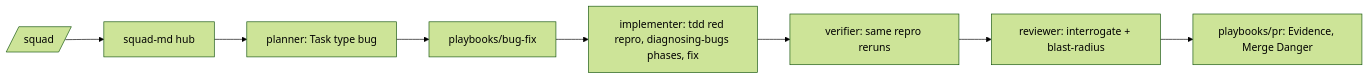
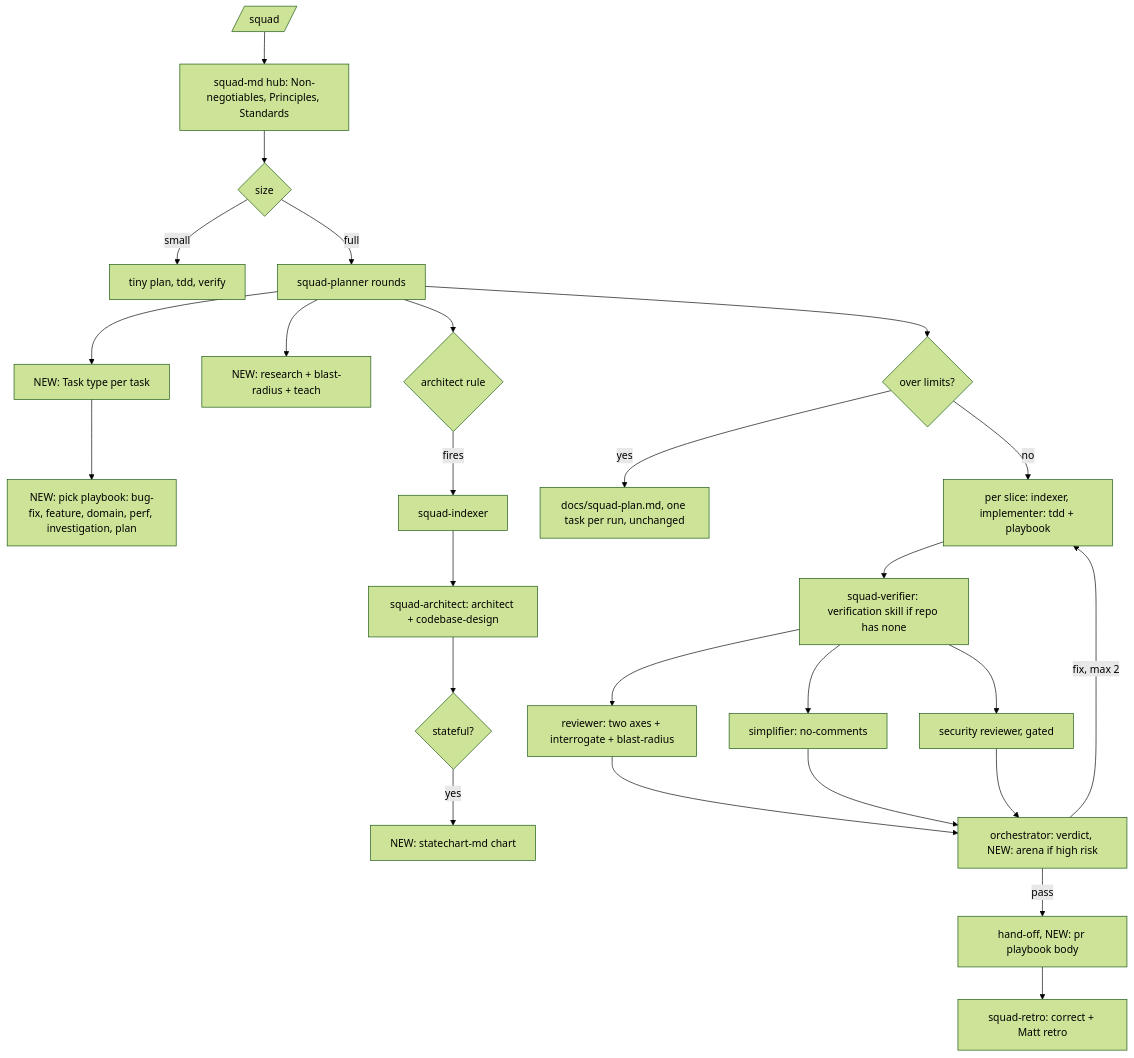
One commit to svennijhuis/agentPacks changed the first of 6 diagrams in docs/pbi/squad/FLOWS.md. Above: the diagram before and after it, drawn with Mermaid (forest theme). The commit also changed other lines of this file and 21 other files, not shown here.

Commit message:
docs(pbi): STRUCTURE.md, pin or copy decision rule, FLOWS per existing command, good and bad example per PBI

````diff
--- a/docs/pbi/squad/FLOWS.md
+++ b/docs/pbi/squad/FLOWS.md
@@ -9,9 +13,27 @@
 ```mermaid
-flowchart LR
-  C[/squad/] --> H[squad-md hub] --> P[planner: Task type bug]
-  P --> PB[playbooks/bug-fix]
-  PB --> I[implementer: tdd red repro, diagnosing-bugs phases, fix]
-  I --> V[verifier: same repro reruns]
-  V --> R[reviewer: interrogate + blast-radius]
-  R --> PR[playbooks/pr: Evidence, Merge Danger]
+flowchart TD
+  C[/squad/] --> H[squad-md hub: Non-negotiables, Principles, Standards]
+  H --> SZ{size}
+  SZ -->|small| TP[tiny plan, tdd, verify]
+  SZ -->|full| PL[squad-planner rounds]
+  PL --> TT[NEW: Task type per task]
+  TT --> PB[NEW: pick playbook: bug-fix, feature, domain, perf, investigation, plan]
+  PL --> RS[NEW: research + blast-radius + teach]
+  PL --> AR{architect rule}
+  AR -->|fires| IX[squad-indexer] --> ARC[squad-architect: architect + codebase-design]
+  ARC --> ST{stateful?}
+  ST -->|yes| SC[NEW: statechart-md chart]
+  PL --> SP{over limits?}
+  SP -->|yes| SQ[docs/squad-plan.md, one task per run, unchanged]
+  SP -->|no| IM[per slice: indexer, implementer: tdd + playbook]
+  IM --> VE[squad-verifier: verification skill if repo has none]
+  VE --> RV[reviewer: two axes + interrogate + blast-radius]
+  VE --> SI[simplifier: no-comments]
+  VE --> SE[security reviewer, gated]
+  RV --> OR[orchestrator: verdict, NEW: arena if high risk]
+  SI --> OR
+  SE --> OR
+  OR -->|fix, max 2| IM
+  OR -->|pass| HO[hand-off, NEW: pr playbook body]
+  HO --> RT[squad-retro: correct + Matt retro]
 ```
````
